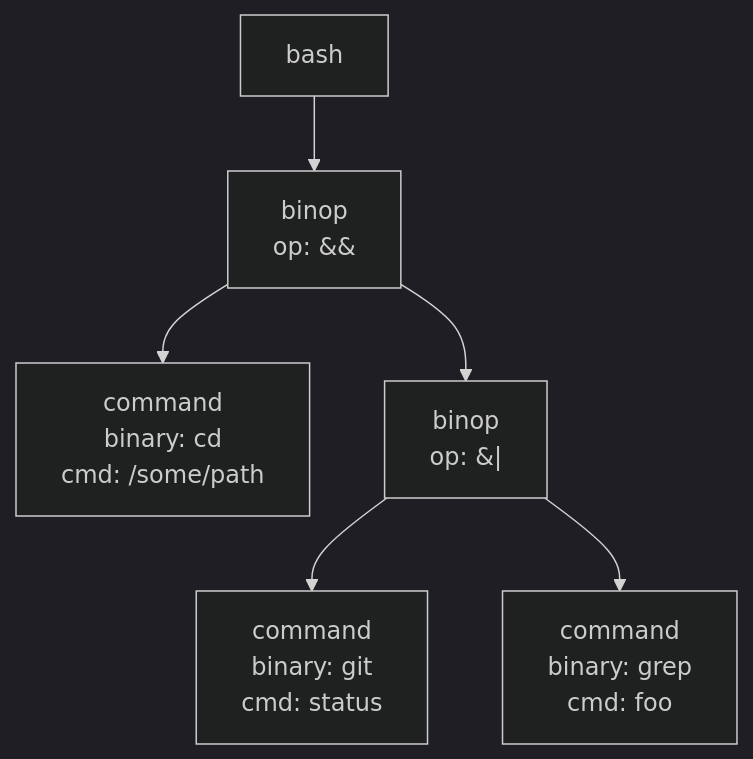
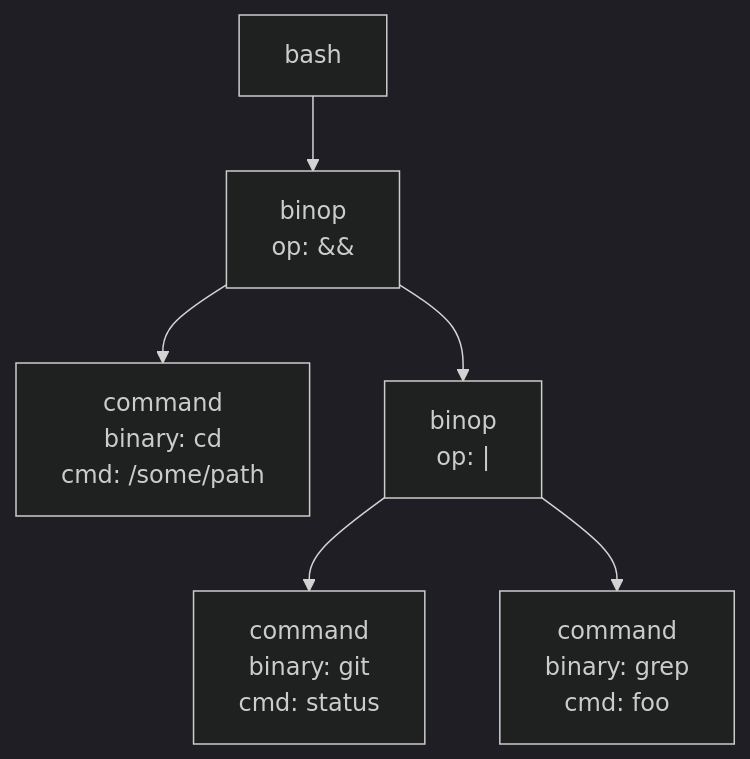
Before and after one commit to ashleydavis/expressive-permissions: the diagram in examples/ast/nested-and-pipe/index.md, drawn with Mermaid (dark theme). The commit also changed 27 other files, not shown here.

````diff
--- a/examples/ast/nested-and-pipe/index.md
+++ b/examples/ast/nested-and-pipe/index.md
@@ -11,14 +11,14 @@
 ```mermaid
 graph TD
   n0["bash"]
   n1["binop<br/>op: &amp;&amp;"]
   n2["command<br/>binary: cd<br/>cmd: /some/path"]
   n1 --> n2
-  n3["binop<br/>op: &#124;"]
+  n3["binop<br/>op: |"]
   n4["command<br/>binary: git<br/>cmd: status"]
   n3 --> n4
   n5["command<br/>binary: grep<br/>cmd: foo"]
   n3 --> n5
   n1 --> n3
   n0 --> n1
 ```
````
